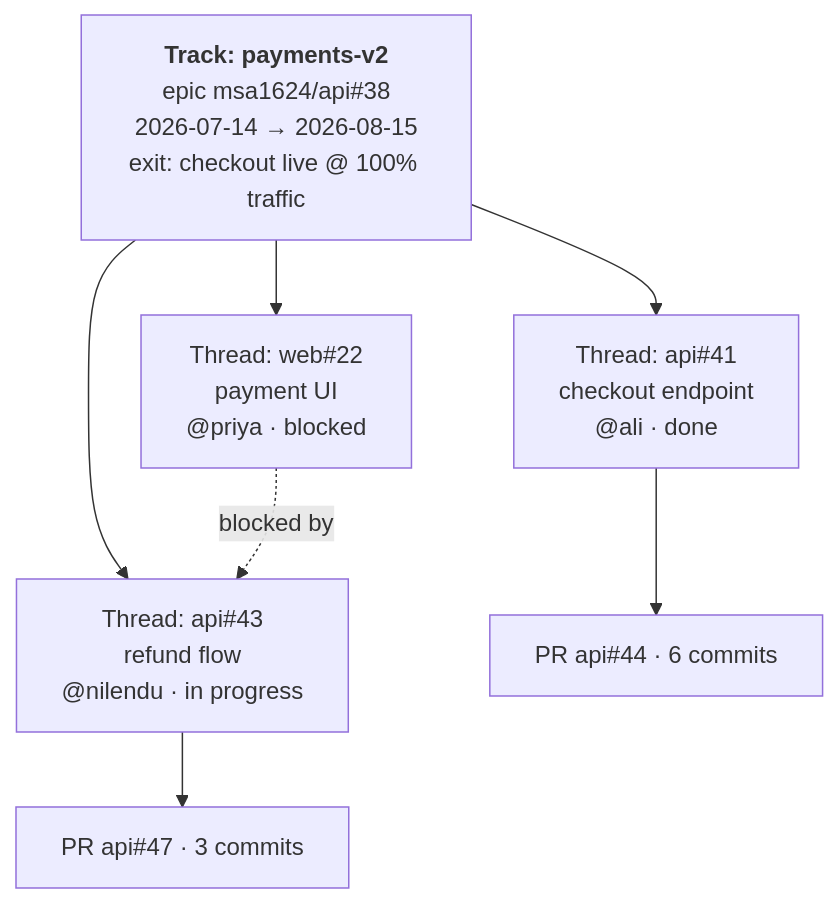
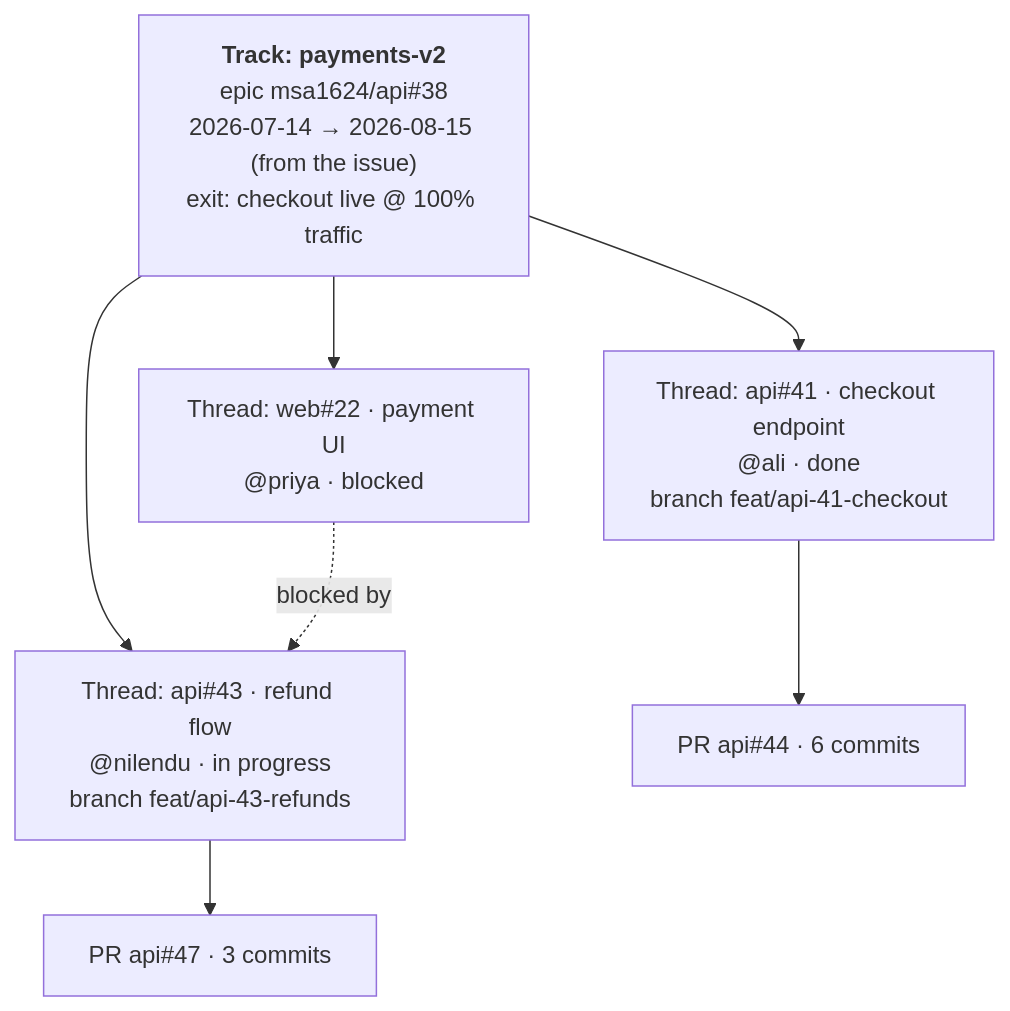
One commit to alimohammed1624/skills changed the second of 8 diagrams in docs/target-workflow.md. Above: the diagram before and after it, drawn with Mermaid. The commit also changed other lines of this file and 1 other file, not shown here.

````diff
--- a/docs/target-workflow.md
+++ b/docs/target-workflow.md
@@ -163,10 +274,10 @@
 ```mermaid
 flowchart TB
-    T1["<b>Track: payments-v2</b><br/>epic msa1624/api#38<br/>2026-07-14 → 2026-08-15<br/>exit: checkout live @ 100% traffic"]
-    T1 --> H1["Thread: api#41<br/>checkout endpoint<br/>@ali · done"]
-    T1 --> H2["Thread: api#43<br/>refund flow<br/>@nilendu · in progress"]
-    T1 --> H3["Thread: web#22<br/>payment UI<br/>@priya · blocked"]
+    T1["<b>Track: payments-v2</b><br/>epic msa1624/api#38<br/>2026-07-14 → 2026-08-15 (from the issue)<br/>exit: checkout live @ 100% traffic"]
+    T1 --> H1["Thread: api#41 · checkout endpoint<br/>@ali · done<br/>branch feat/api-41-checkout"]
+    T1 --> H2["Thread: api#43 · refund flow<br/>@nilendu · in progress<br/>branch feat/api-43-refunds"]
+    T1 --> H3["Thread: web#22 · payment UI<br/>@priya · blocked"]
     H1 --> C1["PR api#44 · 6 commits"]
     H2 --> C2["PR api#47 · 3 commits"]
     H3 -.->|blocked by| H2
 ```
````
